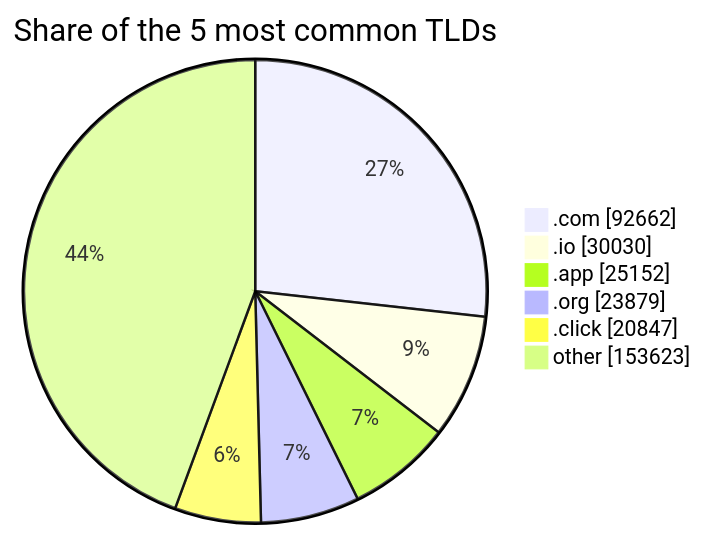
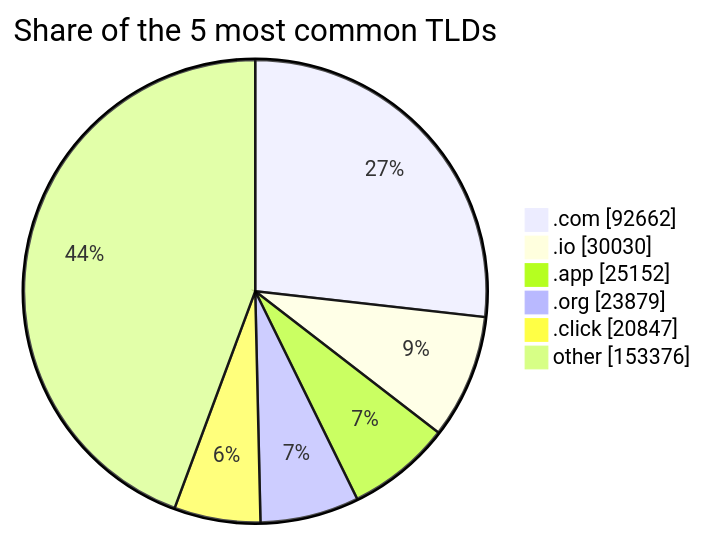
The third of 3 diagrams in README.md (DNSBunker/CTI), drawn with Mermaid before and after one commit. The commit also changed other lines of this file and 4 other files, not shown here.

````diff
--- a/README.md
+++ b/README.md
@@ -81,9 +81,9 @@
 ```mermaid
 pie showData title Share of the 5 most common TLDs
     ".com" : 92662
     ".io" : 30030
     ".app" : 25152
     ".org" : 23879
     ".click" : 20847
-    "other" : 153623
+    "other" : 153376
 ```
````
